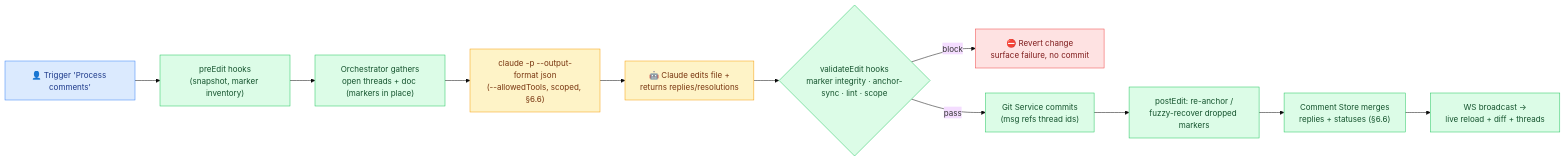
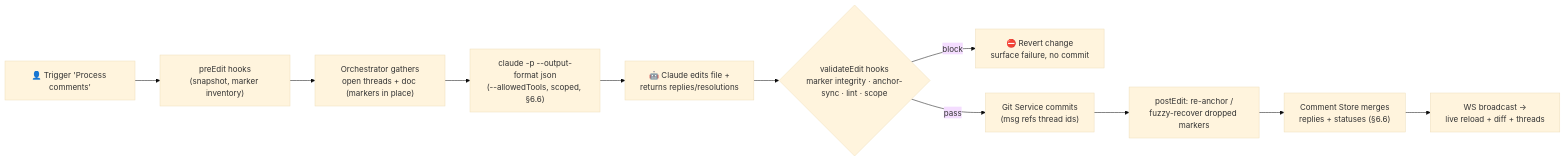
One commit to omars-lab/omars-lab.github.io changed diagram 11 of 15 in bytesofpurpose-blog/designs/2026-06-22-markdown-review-studio.mdx. Above: the diagram before and after it, drawn with Mermaid (base theme). The commit also changed other lines of this file and 6 other files, not shown here.

First line of the commit message:
feat(designs): on-brand mermaid theme + dark-mode-adaptive diagrams

````diff
--- a/bytesofpurpose-blog/designs/2026-06-22-markdown-review-studio.mdx
+++ b/bytesofpurpose-blog/designs/2026-06-22-markdown-review-studio.mdx
@@ -914,22 +858,14 @@
 ```mermaid
 graph LR
     A["👤 Trigger 'Process comments'"] --> P["preEdit hooks<br/>(snapshot, marker inventory)"]
     P --> B["Orchestrator gathers<br/>open threads + doc (markers in place)"]
     B --> C["claude -p --output-format json<br/>(--allowedTools, scoped, §6.6)"]
     C --> D["🤖 Claude edits file +<br/>returns replies/resolutions"]
     D --> V{"validateEdit hooks<br/>marker integrity · anchor-sync · lint · scope"}
     V -->|block| X["⛔ Revert change<br/>surface failure, no commit"]
     V -->|pass| E["Git Service commits<br/>(msg refs thread ids)"]
     E --> F["postEdit: re-anchor /<br/>fuzzy-recover dropped markers"]
     F --> G["Comment Store merges<br/>replies + statuses (§6.6)"]
     G --> H["WS broadcast →<br/>live reload + diff + threads"]
 
-    classDef ui fill:#dbeafe,stroke:#3b82f6,color:#1e3a8a
-    classDef srv fill:#dcfce7,stroke:#22c55e,color:#14532d
-    classDef agent fill:#fef3c7,stroke:#f59e0b,color:#78350f
-    classDef block fill:#fee2e2,stroke:#ef4444,color:#7f1d1d
-    class A ui
-    class P,B,E,F,G,H,V srv
-    class C,D agent
-    class X block
 ```
````
